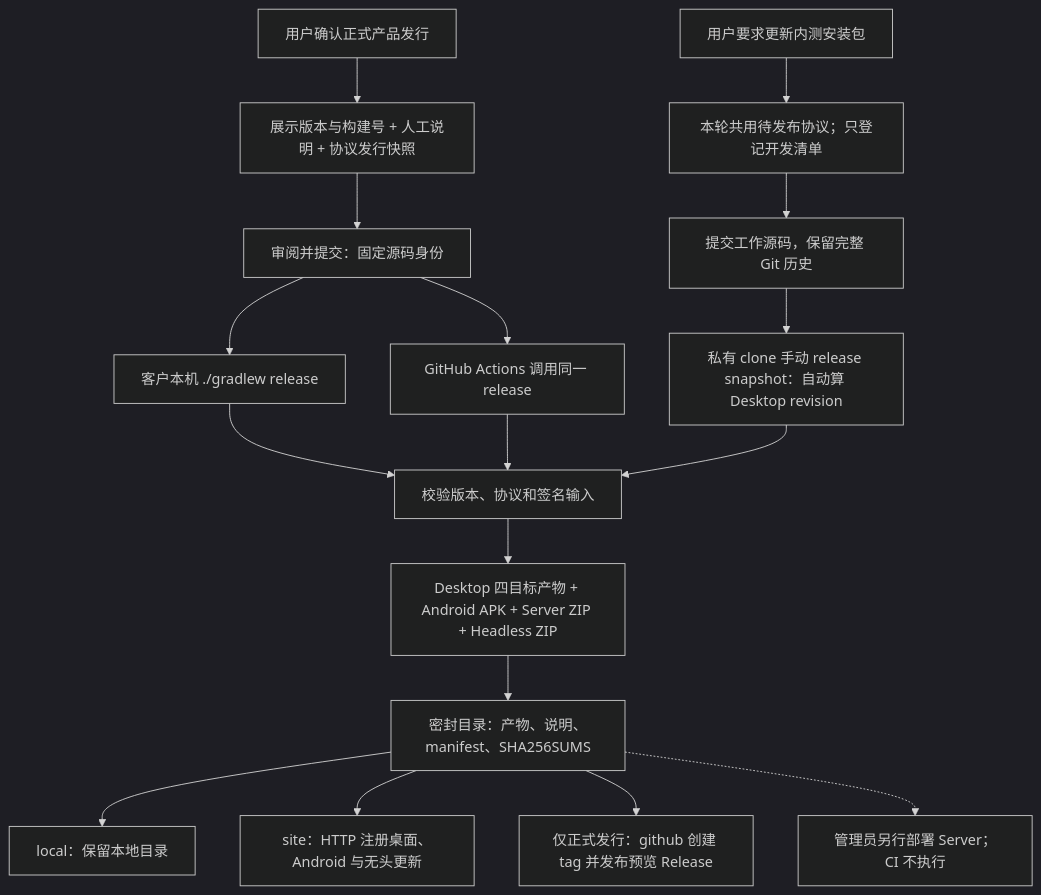
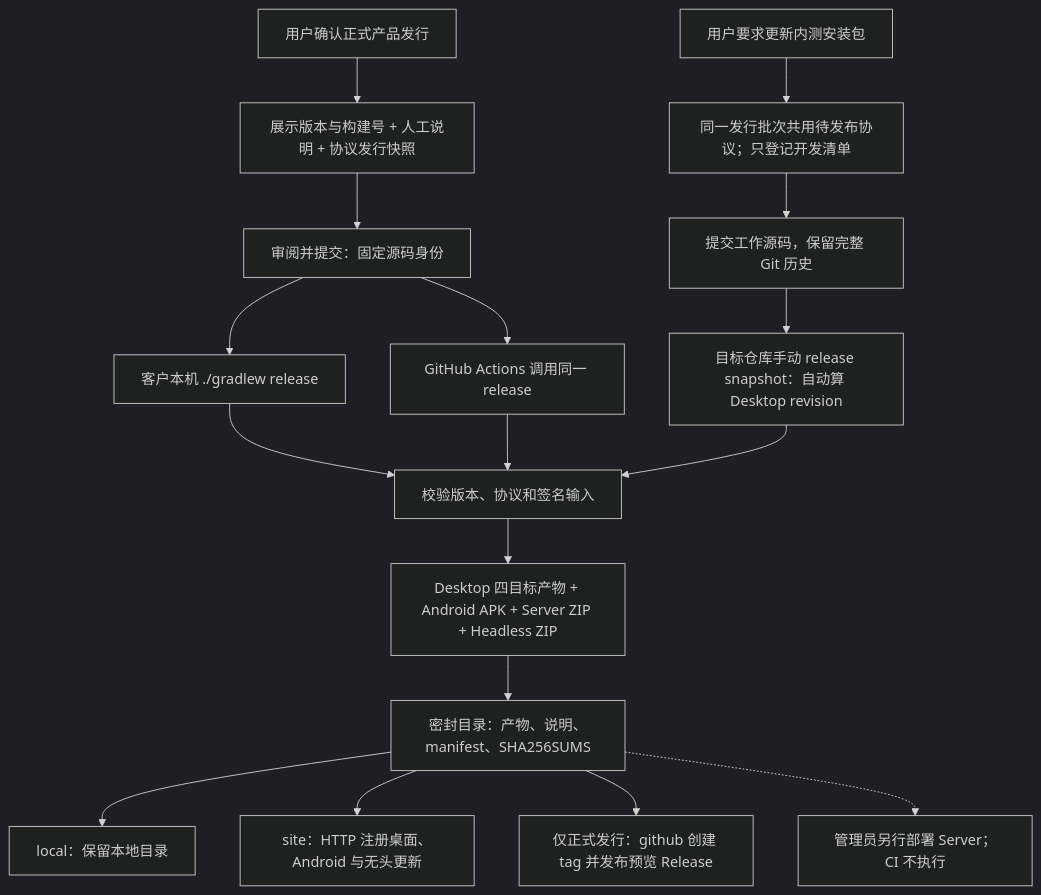
The diagram in doc/07-operations/releasing.md (virjar/team-talk), drawn with Mermaid (dark theme) before and after one commit. The commit also changed other lines of this file and 42 other files, not shown here.

Commit message:
docs: reconcile product architecture and release guides with current code

````diff
--- a/doc/07-operations/releasing.md
+++ b/doc/07-operations/releasing.md
@@ -41,19 +41,19 @@
 ```mermaid
 flowchart TD
     Approval["用户确认正式产品发行"] --> Root
     Root["展示版本与构建号 + 人工说明 + 协议发行快照"] --> Commit["审阅并提交：固定源码身份"]
-    TestApproval["用户要求更新内测安装包"] --> Snapshot["本轮共用待发布协议；只登记开发清单"]
+    TestApproval["用户要求更新内测安装包"] --> Snapshot["同一发行批次共用待发布协议；只登记开发清单"]
     Snapshot --> SnapshotCommit["提交工作源码，保留完整 Git 历史"]
-    SnapshotCommit --> SnapshotTask["私有 clone 手动 release snapshot：自动算 Desktop revision"]
+    SnapshotCommit --> SnapshotTask["目标仓库手动 release snapshot：自动算 Desktop revision"]
     Commit --> Local["客户本机 ./gradlew release"]
     Commit --> CI["GitHub Actions 调用同一 release"]
     Local --> Verify["校验版本、协议和签名输入"]
     CI --> Verify
     SnapshotTask --> Verify
     Verify --> Producers["Desktop 四目标产物 + Android APK + Server ZIP + Headless ZIP"]
     Producers --> Seal["密封目录：产物、说明、manifest、SHA256SUMS"]
     Seal --> Disk["local：保留本地目录"]
     Seal --> Site["site：HTTP 注册桌面、Android 与无头更新"]
     Seal --> GitHub["仅正式发行：github 创建 tag 并发布预览 Release"]
     Seal -.-> Admin["管理员另行部署 Server；CI 不执行"]
 ```
````
